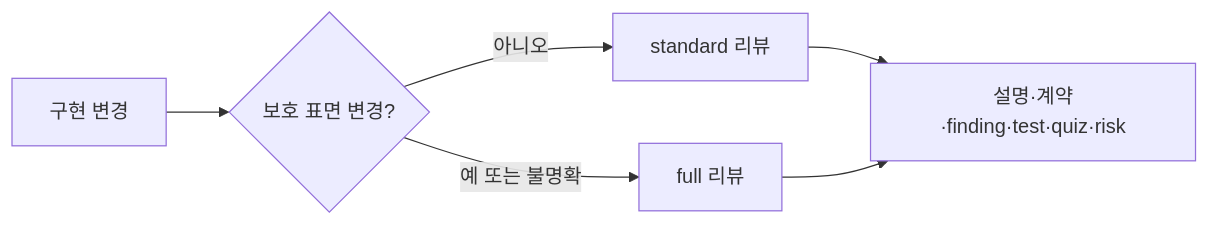
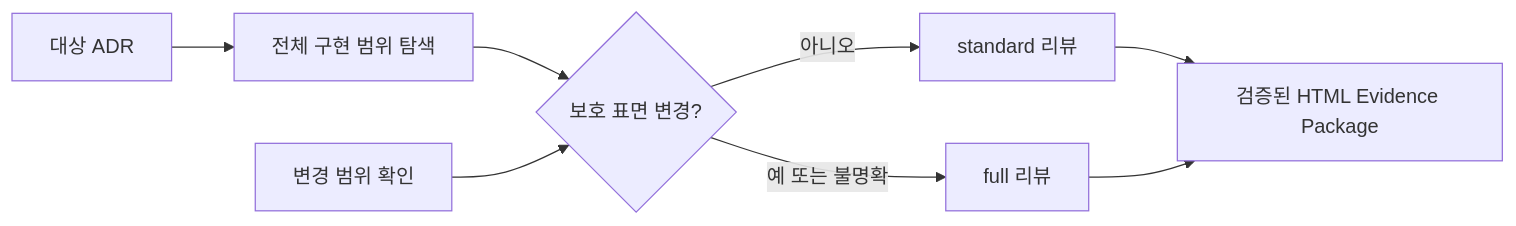
The diagram in docs/adr/adr-cycle/implementation-review/0001-validated-low-risk-refactoring.md (haandol/alps-writer-mcp), drawn with Mermaid before and after one commit. The commit also changed other lines of this file and 35 other files, not shown here.

````diff
--- a/docs/adr/adr-cycle/implementation-review/0001-validated-low-risk-refactoring.md
+++ b/docs/adr/adr-cycle/implementation-review/0001-validated-low-risk-refactoring.md
@@ -96,14 +108,17 @@
 ```mermaid
 flowchart LR
-    Change[구현 변경]
+    ADR[대상 ADR]
+    Scope[전체 구현 범위 탐색]
+    Change[변경 범위 확인]
     Risk{보호 표면 변경?}
     Standard[standard 리뷰]
     Full[full 리뷰]
-    Evidence[설명·계약·finding·test·quiz·risk]
+    Evidence[검증된 HTML Evidence Package]
 
+    ADR --> Scope --> Risk
     Change --> Risk
     Risk -->|아니오| Standard
     Risk -->|예 또는 불명확| Full
     Standard --> Evidence
     Full --> Evidence
 ```
````
